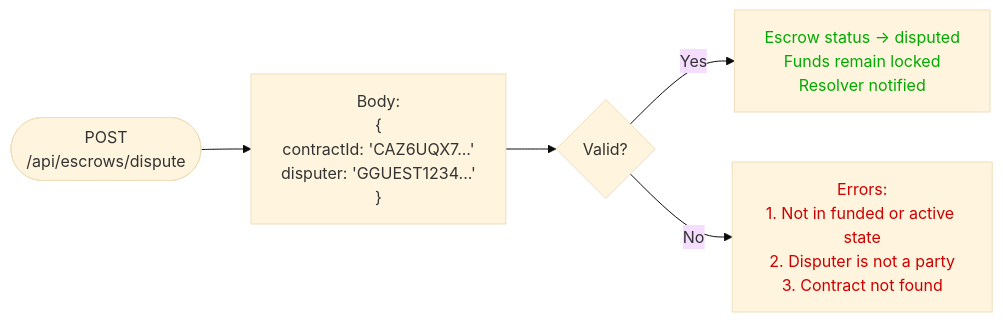
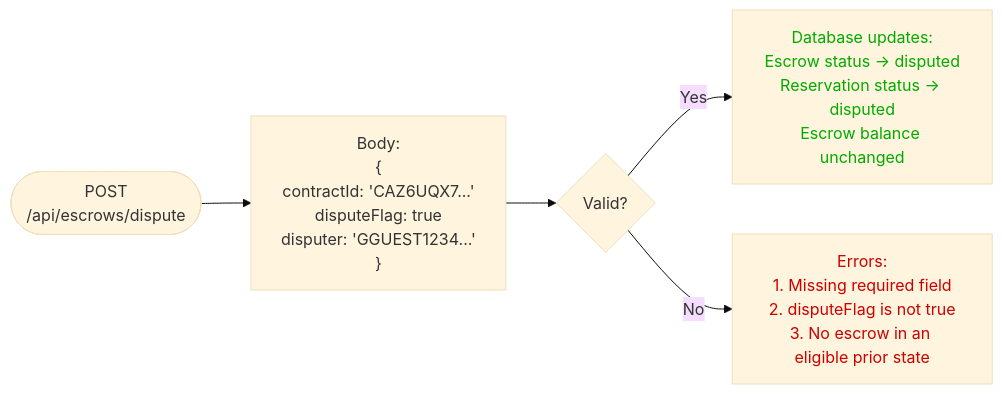
Before and after one commit to safetrustcr/backend-SafeTrust: the first of 4 diagrams in docs/stellar/dispute-resolve.md, drawn with Mermaid (base theme). The commit also changed other lines of this file and 2 other files, not shown here.

Commit message:
docs: align escrow and x402 flows with implementation

````diff
--- a/docs/stellar/dispute-resolve.md
+++ b/docs/stellar/dispute-resolve.md
@@ -9,10 +10,10 @@
 ```mermaid
 flowchart LR
-    A([POST\n/api/escrows/dispute]) --> B["Body:\n{\n  contractId: 'CAZ6UQX7...'\n  disputer: 'GGUEST1234...'\n}"]
+    A([POST\n/api/escrows/dispute]) --> B["Body:\n{\n  contractId: 'CAZ6UQX7...'\n  disputeFlag: true\n  disputer: 'GGUEST1234...'\n}"]
     B --> C{Valid?}
-    C -- Yes --> D["Escrow status → disputed\nFunds remain locked\nResolver notified"]
-    C -- No --> E["Errors:\n1. Not in funded or active state\n2. Disputer is not a party\n3. Contract not found"]
+    C -- Yes --> D["Database updates:\nEscrow status → disputed\nReservation status → disputed\nEscrow balance unchanged"]
+    C -- No --> E["Errors:\n1. Missing required field\n2. disputeFlag is not true\n3. No escrow in an eligible prior state"]
 
     style D color:#00aa00
     style E color:#cc0000
 ```
````
